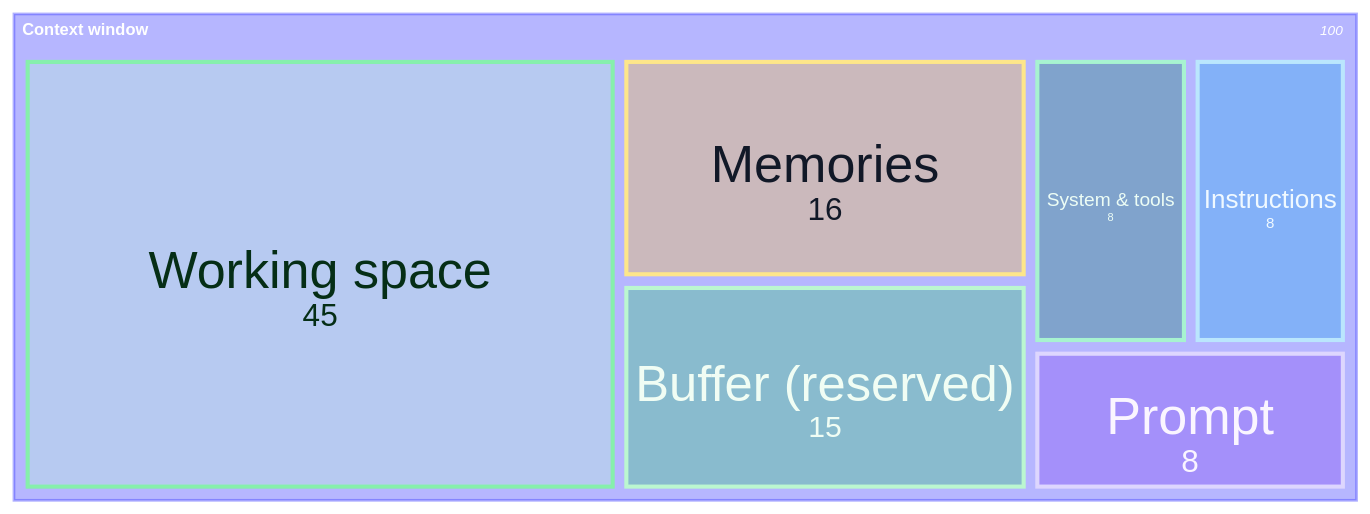
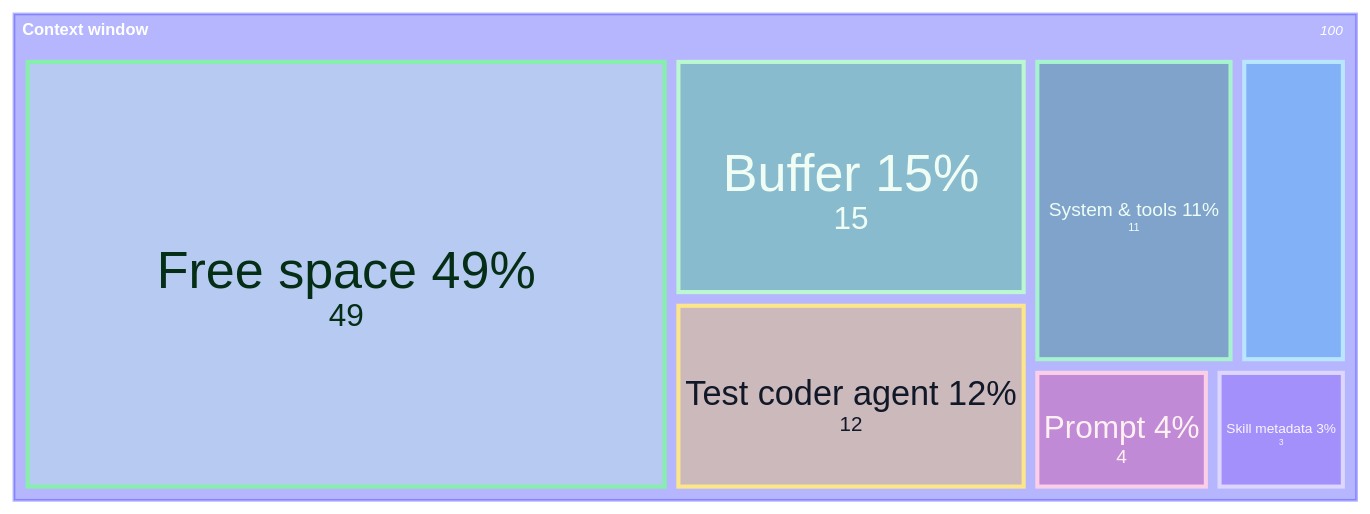
Before and after one commit to theomonfort/theomonfort: the third of 5 diagrams in src/content/glossary/context-engineering.md, drawn with Mermaid. The commit also changed other lines of this file, not shown here.

````diff
--- a/src/content/glossary/context-engineering.md
+++ b/src/content/glossary/context-engineering.md
@@ -56,16 +72,18 @@
 ```mermaid
 treemap-beta
 "Context window"
-  "System & tools": 8:::system
-  "Instructions": 8:::instructions
-  "Memories": 16:::memories
-  "Prompt": 8:::prompt
-  "Working space": 45:::workspace
-  "Buffer (reserved)": 15:::buffer
+  "System & tools 11%": 11:::system
+  "Test coder agent 12%": 12:::agent
+  "Path instruction 6%": 6:::path
+  "Skill metadata 3%": 3:::skill
+  "Prompt 4%": 4:::prompt
+  "Free space 49%": 49:::free
+  "Buffer 15%": 15:::buffer
 classDef system fill:#047857,stroke:#a7f3d0,color:#ecfdf5
-classDef instructions fill:#0ea5e9,stroke:#bae6fd,color:#f0f9ff
-classDef memories fill:#fbbf24,stroke:#fde68a,color:#111827
-classDef prompt fill:#7c3aed,stroke:#ddd6fe,color:#faf5ff
-classDef workspace fill:#bbf7d0,stroke:#86efac,color:#052e16
+classDef agent fill:#fbbf24,stroke:#fde68a,color:#111827
+classDef path fill:#0ea5e9,stroke:#bae6fd,color:#f0f9ff
+classDef skill fill:#7c3aed,stroke:#ddd6fe,color:#faf5ff
+classDef prompt fill:#db2777,stroke:#fbcfe8,color:#fff1f2
+classDef free fill:#bbf7d0,stroke:#86efac,color:#052e16
 classDef buffer fill:#22c55e,stroke:#bbf7d0,color:#f0fdf4
 ```
````
